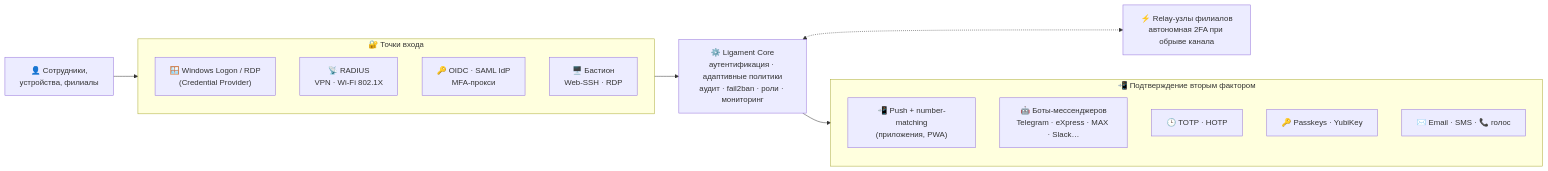
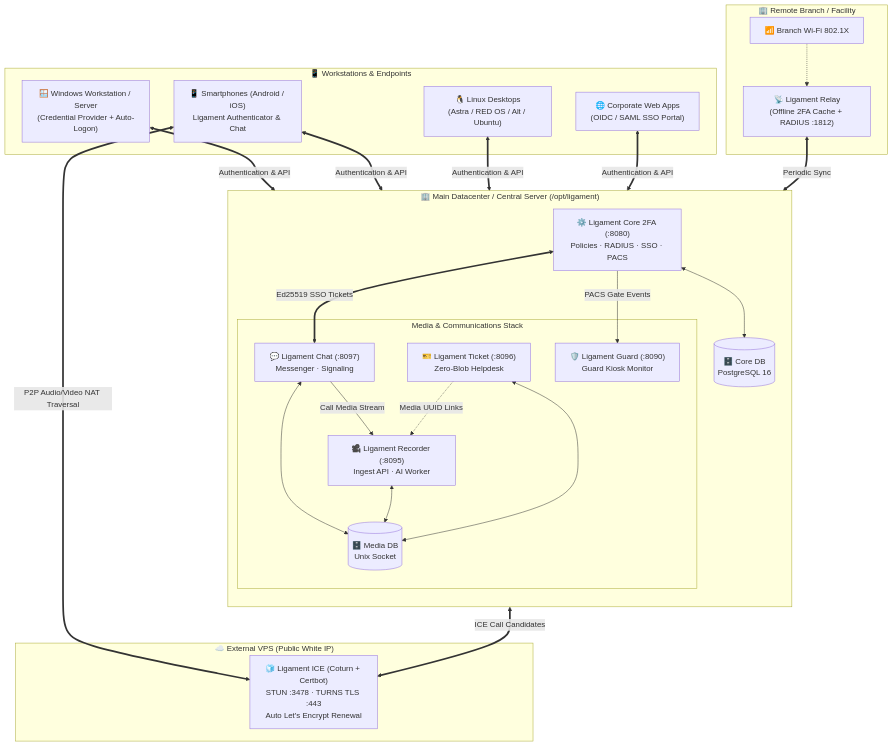
The diagram in README.md (aligorov/ligament), drawn with Mermaid before and after one commit. The commit also changed other lines of this file and 9 other files, not shown here.

````diff
--- a/README.md
+++ b/README.md
@@ -48,28 +115,45 @@
 ```mermaid
-flowchart LR
-    U["👤 Сотрудники,<br/>устройства, филиалы"]
-
-    subgraph Entries["🔐 Точки входа"]
-        direction TB
-        CP["🪟 Windows Logon / RDP<br/>(Credential Provider)"]
-        RAD["📡 RADIUS<br/>VPN · Wi-Fi 802.1X"]
-        SSO["🔑 OIDC · SAML IdP<br/>MFA-прокси"]
-        BAS["🖥️ Бастион<br/>Web-SSH · RDP"]
+flowchart TB
+    subgraph Clients["📱 Workstations & Endpoints"]
+        WIN["🪟 Windows Workstation / Server<br/>(Credential Provider + Auto-Logon)"]
+        MOB["📱 Smartphones (Android / iOS)<br/>Ligament Authenticator & Chat"]
+        LIN["🐧 Linux Desktops<br/>(Astra / RED OS / Alt / Ubuntu)"]
+        WEB["🌐 Corporate Web Apps<br/>(OIDC / SAML SSO Portal)"]
     end
 
-    CORE["⚙️ Ligament Core<br/>аутентификация · адаптивные политики<br/>аудит · fail2ban · роли · мониторинг"]
-
-    subgraph Factors["📲 Подтверждение вторым фактором"]
-        direction TB
-        F1["📲 Push + number-matching<br/>(приложения, PWA)"]
-        F2["🤖 Боты-мессенджеров<br/>Telegram · eXpress · MAX · Slack…"]
-        F3["🕒 TOTP · HOTP"]
-        F4["🔑 Passkeys · YubiKey"]
-        F5["✉️ Email · SMS · 📞 голос"]
+    subgraph EdgeBranch["🏢 Remote Branch / Facility"]
+        RELAY["📡 Ligament Relay<br/>(Offline 2FA Cache + RADIUS :1812)"]
+        WIFI["📶 Branch Wi-Fi 802.1X"]
+        WIFI -.-> RELAY
     end
 
-    REL["⚡ Relay-узлы филиалов<br/>автономная 2FA при обрыве канала"]
+    subgraph CentralHub["🏢 Main Datacenter / Central Server (/opt/ligament)"]
+        direction TB
+        CORE["⚙️ Ligament Core 2FA (:8080)<br/>Policies · RADIUS · SSO · PACS"]
+        DB[("🗄️ Core DB<br/>PostgreSQL 16")]
+        CORE <--> DB
 
-    U --> Entries --> CORE --> Factors
-    CORE <-.-> REL
+        subgraph MediaStack["Media & Communications Stack"]
+            CHAT["💬 Ligament Chat (:8097)<br/>Messenger · Signaling"]
+            REC["🎥 Ligament Recorder (:8095)<br/>Ingest API · AI Worker"]
+            TICK["🎫 Ligament Ticket (:8096)<br/>Zero-Blob Helpdesk"]
+            GUARD["🛡️ Ligament Guard (:8090)<br/>Guard Kiosk Monitor"]
+            MDB[("🗄️ Media DB<br/>Unix Socket")]
+            CHAT & REC & TICK <--> MDB
+        end
+
+        CORE <==>|Ed25519 SSO Tickets| CHAT
+        CHAT -->|Call Media Stream| REC
+        TICK -.->|Media UUID Links| REC
+        CORE -->|PACS Gate Events| GUARD
+    end
+
+    subgraph PublicCloud["☁️ External VPS (Public White IP)"]
+        ICE["🧊 Ligament ICE (Coturn + Certbot)<br/>STUN :3478 · TURNS TLS :443<br/>Auto Let's Encrypt Renewal"]
+    end
+
+    WIN & MOB & LIN & WEB <==>|Authentication & API| CORE
+    RELAY <==>|Periodic Sync| CORE
+    MOB <==>|P2P Audio/Video NAT Traversal| ICE
+    CHAT <==>|ICE Call Candidates| ICE
 ```
````
